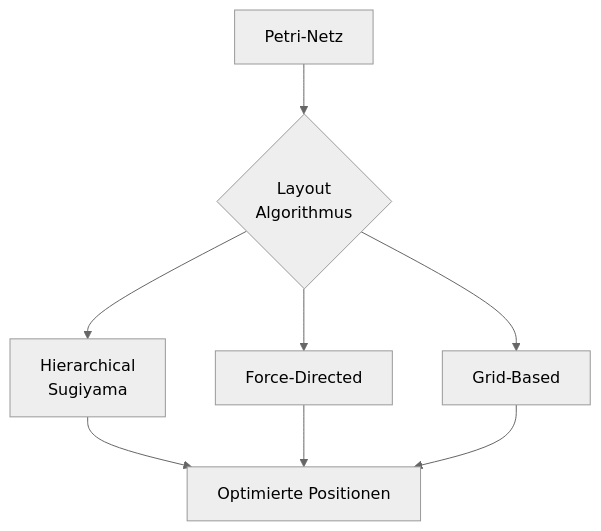
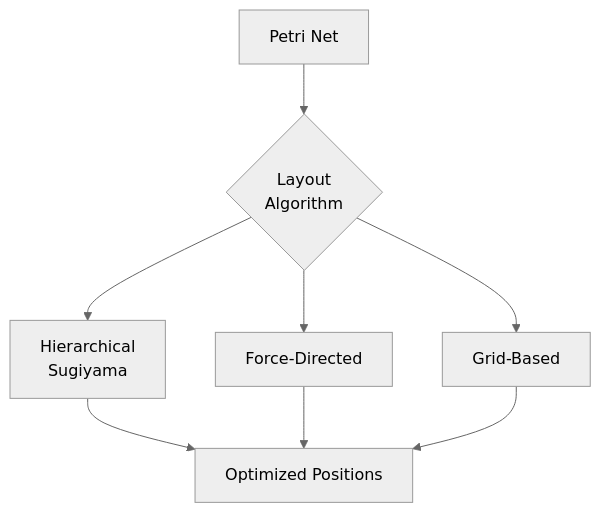
The fourth of 8 diagrams in docs/migration/05-visualization-layout.md (woped/woped-next), drawn with Mermaid (neutral theme) before and after one commit. The commit also changed other lines of this file and 24 other files, not shown here.

````diff
--- a/docs/migration/05-visualization-layout.md
+++ b/docs/migration/05-visualization-layout.md
@@ -134,11 +134,11 @@
 ```mermaid
 flowchart TD
-    INPUT[Petri-Netz] --> ALGO{Layout<br/>Algorithmus}
+    INPUT[Petri Net] --> ALGO{Layout<br/>Algorithm}
     ALGO --> HIERARCHICAL[Hierarchical<br/>Sugiyama]
     ALGO --> FORCE[Force-Directed]
     ALGO --> GRID[Grid-Based]
     
-    HIERARCHICAL --> OUTPUT[Optimierte Positionen]
+    HIERARCHICAL --> OUTPUT[Optimized Positions]
     FORCE --> OUTPUT
     GRID --> OUTPUT
 ```
````
